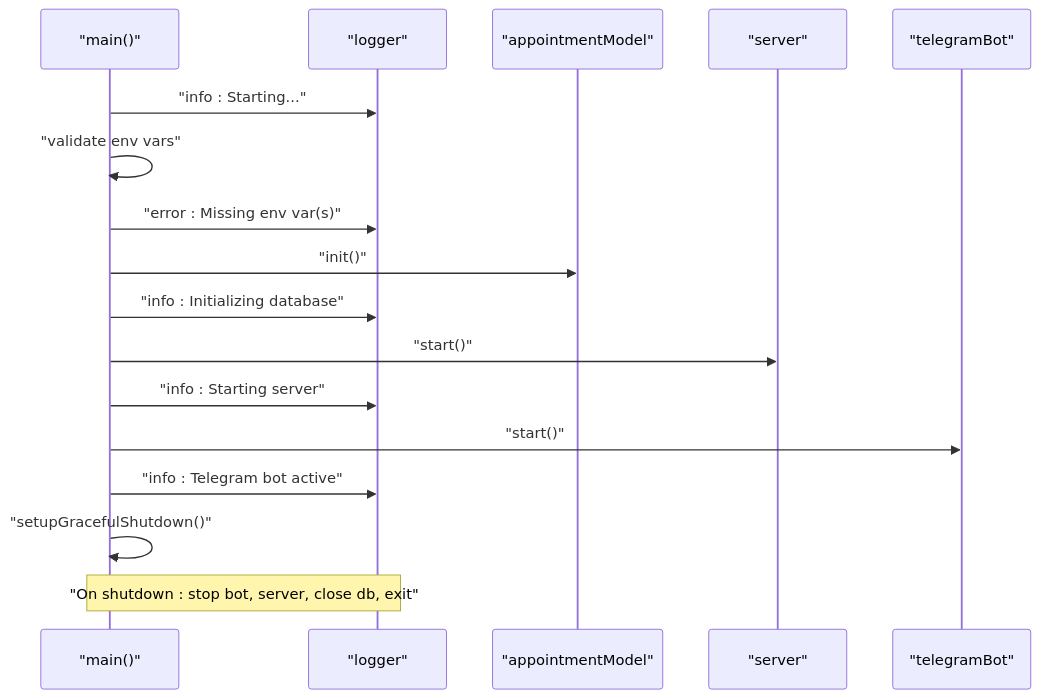
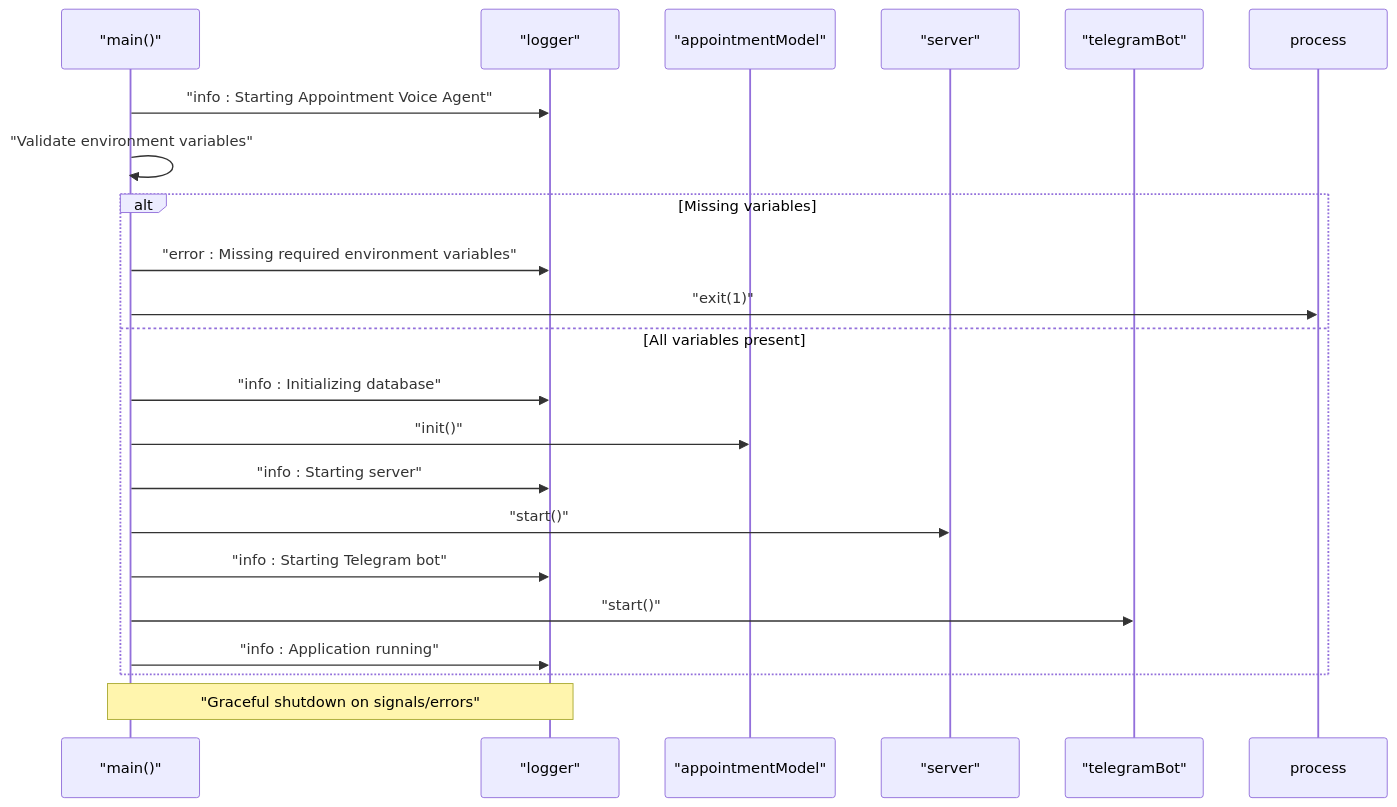
One commit to Armanda888/appointment-voice-agent changed the fourth of 9 diagrams in .qoder/repowiki/en/content/Logging and Monitoring.md. Above: the diagram before and after it, drawn with Mermaid. The commit also changed other lines of this file and 14 other files, not shown here.

````diff
--- a/.qoder/repowiki/en/content/Logging and Monitoring.md
+++ b/.qoder/repowiki/en/content/Logging and Monitoring.md
@@ -181,19 +216,23 @@
 ```mermaid
 sequenceDiagram
 participant Main as "main()"
 participant Logger as "logger"
 participant Model as "appointmentModel"
 participant Server as "server"
 participant Bot as "telegramBot"
-Main->>Logger : "info : Starting..."
-Main->>Main : "validate env vars"
-Main->>Logger : "error : Missing env var(s)"
+Main->>Logger : "info : Starting Appointment Voice Agent"
+Main->>Main : "Validate environment variables"
+alt Missing variables
+Main->>Logger : "error : Missing required environment variables"
+Main->>process : "exit(1)"
+else All variables present
+Main->>Logger : "info : Initializing database"
 Main->>Model : "init()"
-Main->>Logger : "info : Initializing database"
+Main->>Logger : "info : Starting server"
 Main->>Server : "start()"
-Main->>Logger : "info : Starting server"
+Main->>Logger : "info : Starting Telegram bot"
 Main->>Bot : "start()"
-Main->>Logger : "info : Telegram bot active"
-Main->>Main : "setupGracefulShutdown()"
-Note over Main,Logger : "On shutdown : stop bot, server, close db, exit"
+Main->>Logger : "info : Application running"
+end
+Note over Main,Logger : "Graceful shutdown on signals/errors"
 ```
````
